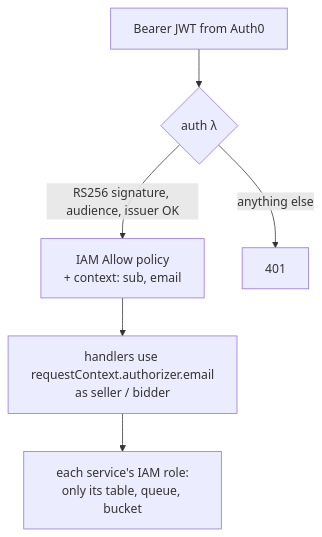
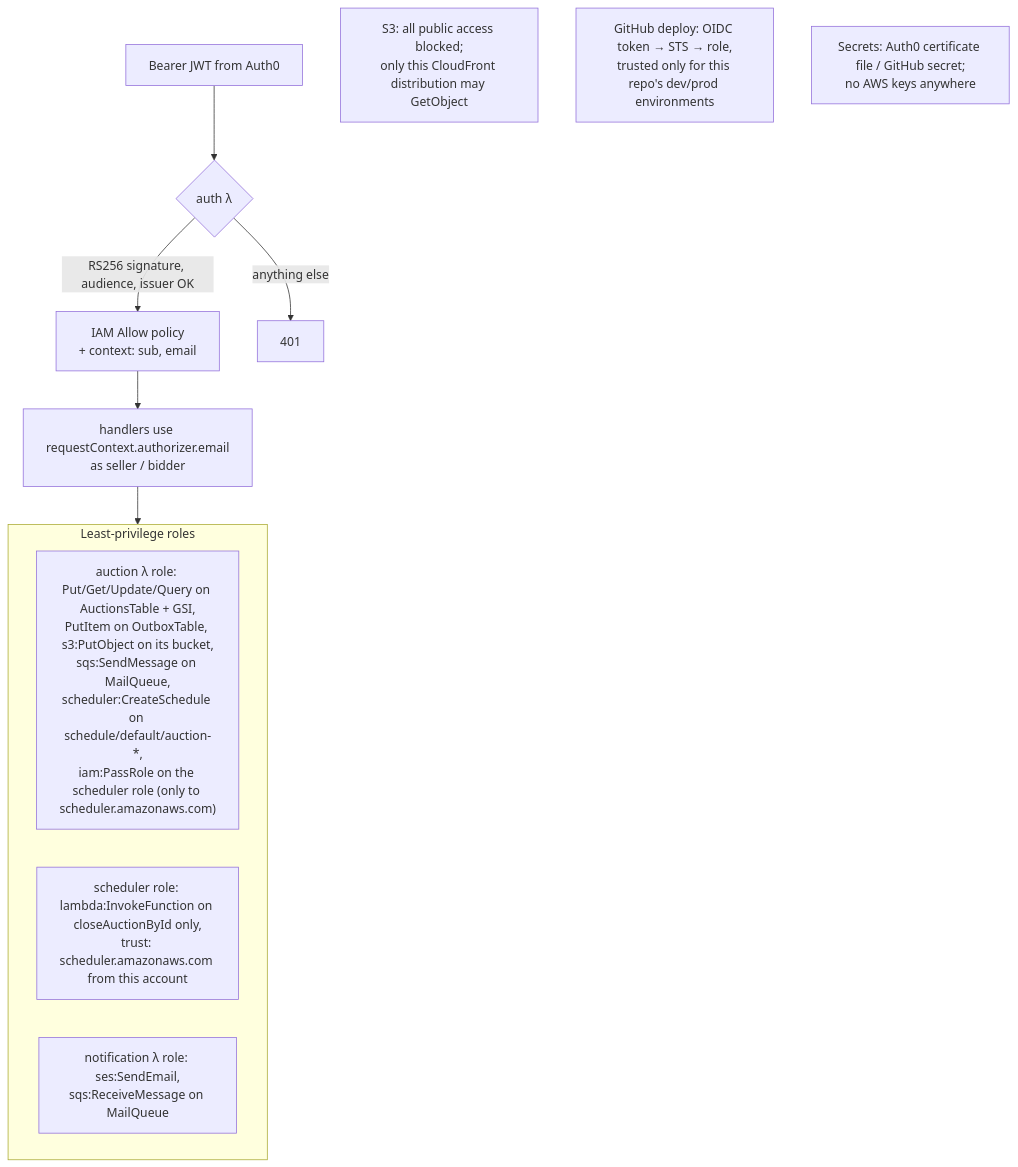
Before and after one commit to UchihaIthachi/serverless-auction-platform: diagram 18 of 22 in docs/architecture.md, drawn with Mermaid. The commit also changed other lines of this file and 36 other files, not shown here.

Commit message:
Outbox + stream relay, per-auction EventBridge Scheduler, throttling, CloudFront OAC, DLQ alarms, paging, OIDC deploy, LocalStack full deploy (13/13), Well-Architected docs

````diff
--- a/docs/architecture.md
+++ b/docs/architecture.md
@@ -95,8 +427,16 @@
 ```mermaid
 flowchart TB
   t[Bearer JWT from Auth0] --> v{auth λ}
   v -->|RS256 signature, audience, issuer OK| allow[IAM Allow policy<br/>+ context: sub, email]
   v -->|anything else| deny[401]
   allow --> h[handlers use requestContext.authorizer.email<br/>as seller / bidder]
-  h --> iam[each service's IAM role:<br/>only its table, queue, bucket]
+  h --> iam
+  subgraph iam[Least-privilege roles]
+    r1["auction λ role: Put/Get/Update/Query on AuctionsTable + GSI,<br/>PutItem on OutboxTable, s3:PutObject on its bucket,<br/>sqs:SendMessage on MailQueue,<br/>scheduler:CreateSchedule on schedule/default/auction-*,<br/>iam:PassRole on the scheduler role (only to scheduler.amazonaws.com)"]
+    r3["scheduler role: lambda:InvokeFunction on closeAuctionById only,<br/>trust: scheduler.amazonaws.com from this account"]
+    r2[notification λ role: ses:SendEmail,<br/>sqs:ReceiveMessage on MailQueue]
+  end
+  cdn[S3: all public access blocked;<br/>only this CloudFront distribution may GetObject]
+  gh["GitHub deploy: OIDC token → STS → role,<br/>trusted only for this repo's dev/prod environments"]
+  sec[Secrets: Auth0 certificate file / GitHub secret;<br/>no AWS keys anywhere]
 ```
````
